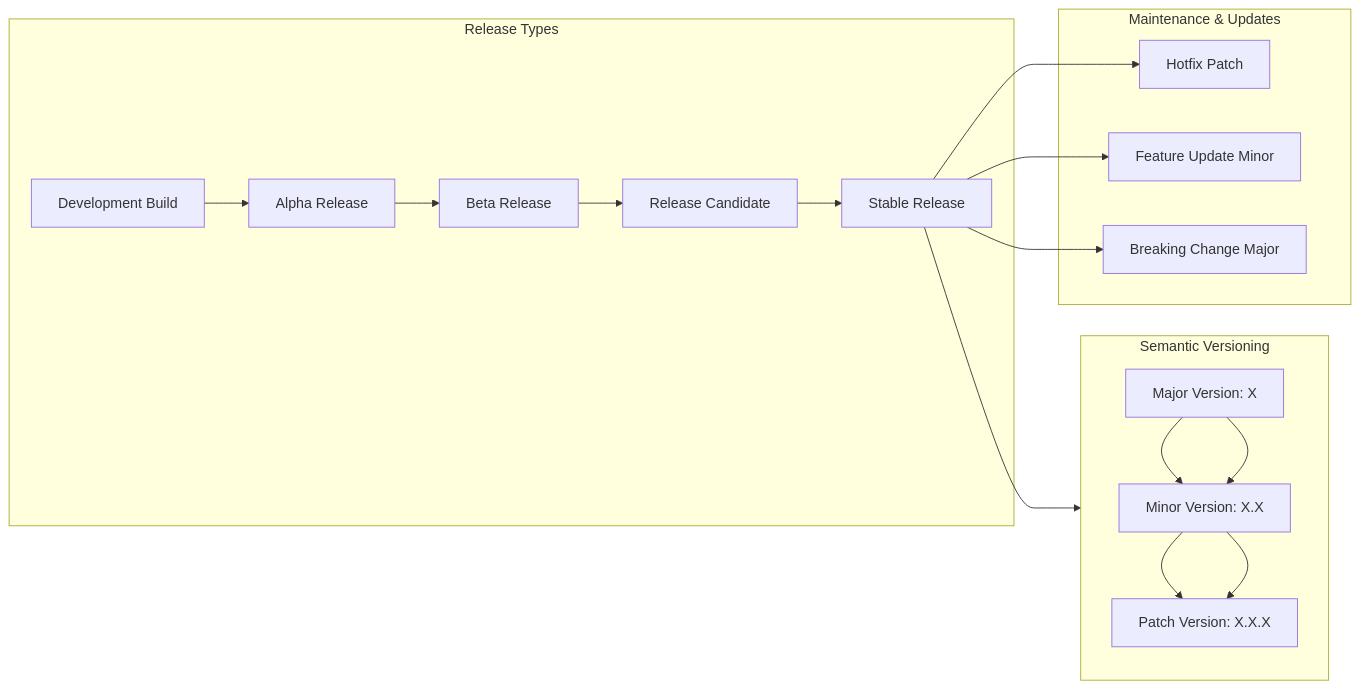
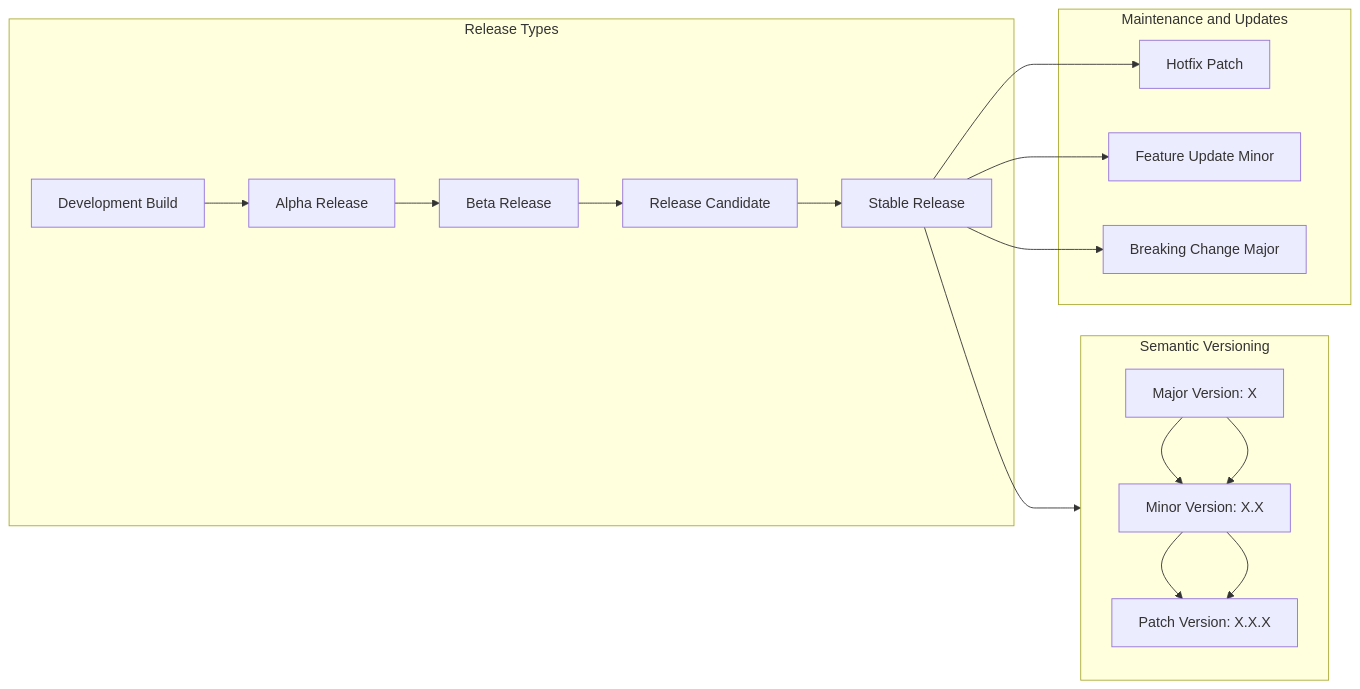
One commit to Cloud2BR-MSFTLearningHub/.github changed the second of 2 diagrams in profile/README.md. Above: the diagram before and after it, drawn with Mermaid. The commit also changed other lines of this file, not shown here.

````diff
--- a/profile/README.md
+++ b/profile/README.md
@@ -69,24 +79,24 @@
 ```mermaid
 flowchart LR
   subgraph Versioning[Semantic Versioning]
     Major[Major Version: X] --> Minor[Minor Version: X.X]
     Minor --> Patch[Patch Version: X.X.X]
   end
 
   subgraph Release_Types[Release Types]
     DevBuild[Development Build] --> Alpha[Alpha Release]
     Alpha --> Beta[Beta Release]
     Beta --> RC[Release Candidate]
     RC --> Stable[Stable Release]
   end
 
-  subgraph Maintenance[Maintenance & Updates]
+  subgraph Maintenance[Maintenance and Updates]
     Stable --> Hotfix[Hotfix Patch]
     Stable --> FeatureUpdate[Feature Update Minor]
     Stable --> BreakingChange[Breaking Change Major]
   end
 
   Major --> Minor
   Minor --> Patch
   Stable --> Versioning
 ```
````
